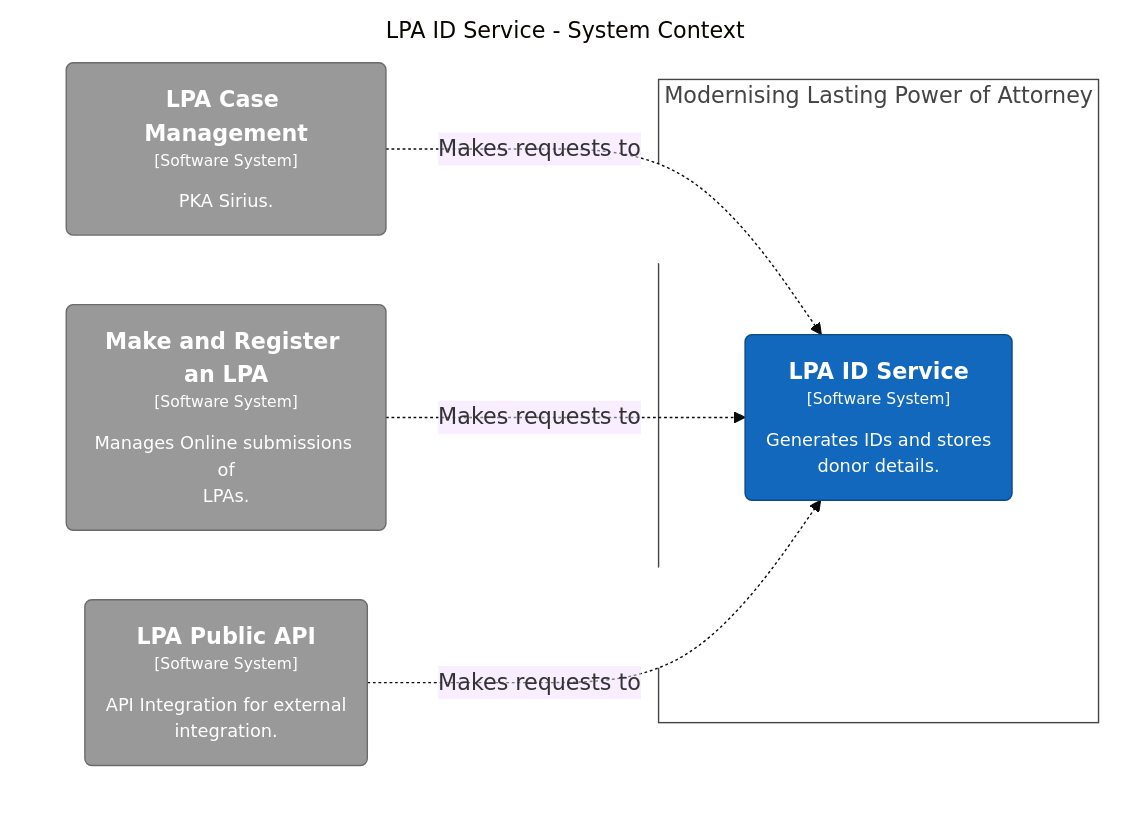
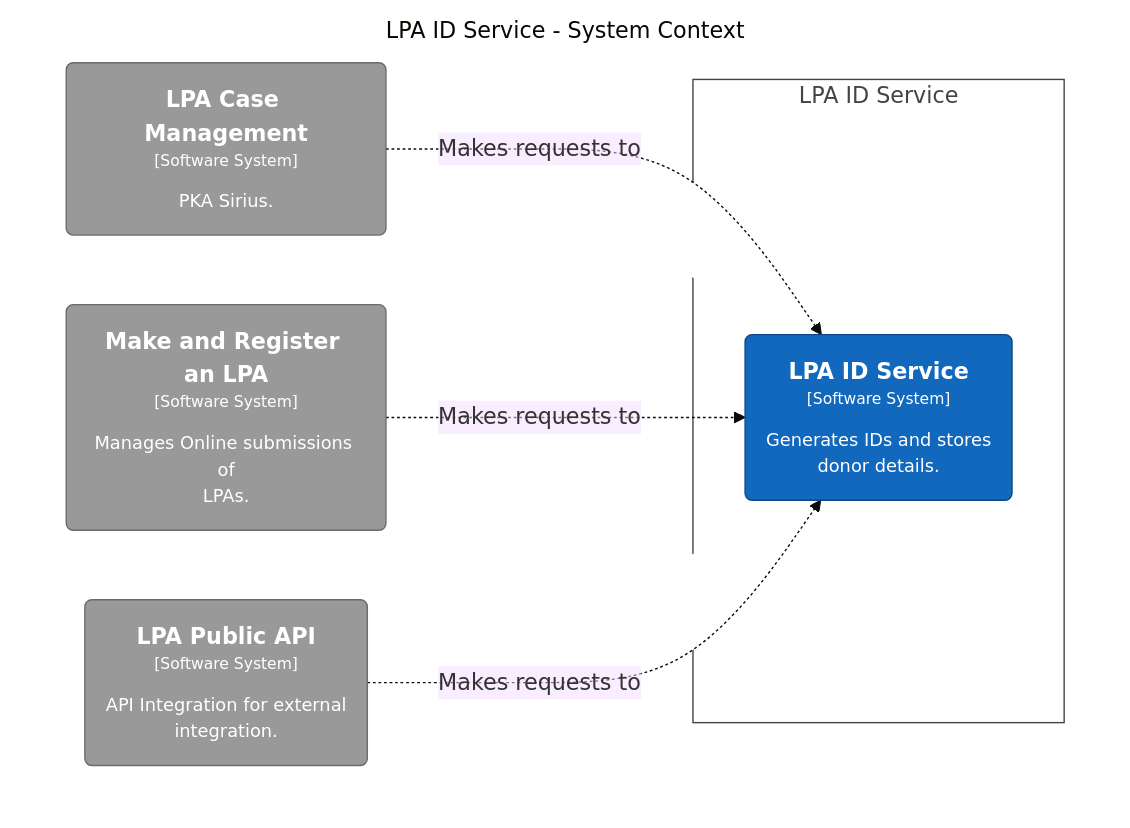
One commit to ministryofjustice/opg-data-lpa-uid changed the diagram in docs/architecture/dsl/local/structurizr-1-SystemContext.mmd. Above: the diagram before and after it, drawn with Mermaid (base theme). The commit also changed 5 other files, not shown here.

```diff
--- a/docs/architecture/dsl/local/structurizr-1-SystemContext.mmd
+++ b/docs/architecture/dsl/local/structurizr-1-SystemContext.mmd
@@ -1,24 +1,24 @@
 graph TB
   linkStyle default fill:#ffffff
 
   subgraph diagram [LPA ID Service - System Context]
     style diagram fill:#ffffff,stroke:#ffffff
 
-    subgraph enterprise [Modernising Lasting Power of Attorney]
+    subgraph enterprise [LPA ID Service]
       style enterprise fill:#ffffff,stroke:#444444,color:#444444
 
       7("<div style='font-weight: bold'>LPA ID Service</div><div style='font-size: 70%; margin-top: 0px'>[Software System]</div><div style='font-size: 80%; margin-top:10px'>Generates IDs and stores<br />donor details.</div>")
       style 7 fill:#1168bd,stroke:#0b4884,color:#ffffff
     end
 
     4("<div style='font-weight: bold'>LPA Case Management</div><div style='font-size: 70%; margin-top: 0px'>[Software System]</div><div style='font-size: 80%; margin-top:10px'>PKA Sirius.</div>")
     style 4 fill:#999999,stroke:#6b6b6b,color:#ffffff
     5("<div style='font-weight: bold'>Make and Register an LPA</div><div style='font-size: 70%; margin-top: 0px'>[Software System]</div><div style='font-size: 80%; margin-top:10px'>Manages Online submissions of<br />LPAs.</div>")
     style 5 fill:#999999,stroke:#6b6b6b,color:#ffffff
     6("<div style='font-weight: bold'>LPA Public API</div><div style='font-size: 70%; margin-top: 0px'>[Software System]</div><div style='font-size: 80%; margin-top:10px'>API Integration for external<br />integration.</div>")
     style 6 fill:#999999,stroke:#6b6b6b,color:#ffffff
 
     4-. "<div>Makes requests to</div><div style='font-size: 70%'></div>" .->7
     5-. "<div>Makes requests to</div><div style='font-size: 70%'></div>" .->7
     6-. "<div>Makes requests to</div><div style='font-size: 70%'></div>" .->7
   end
```
